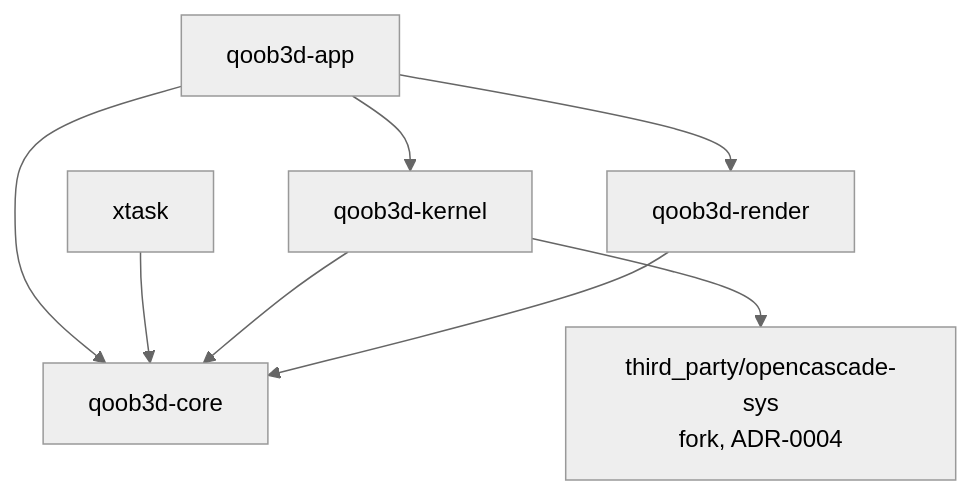
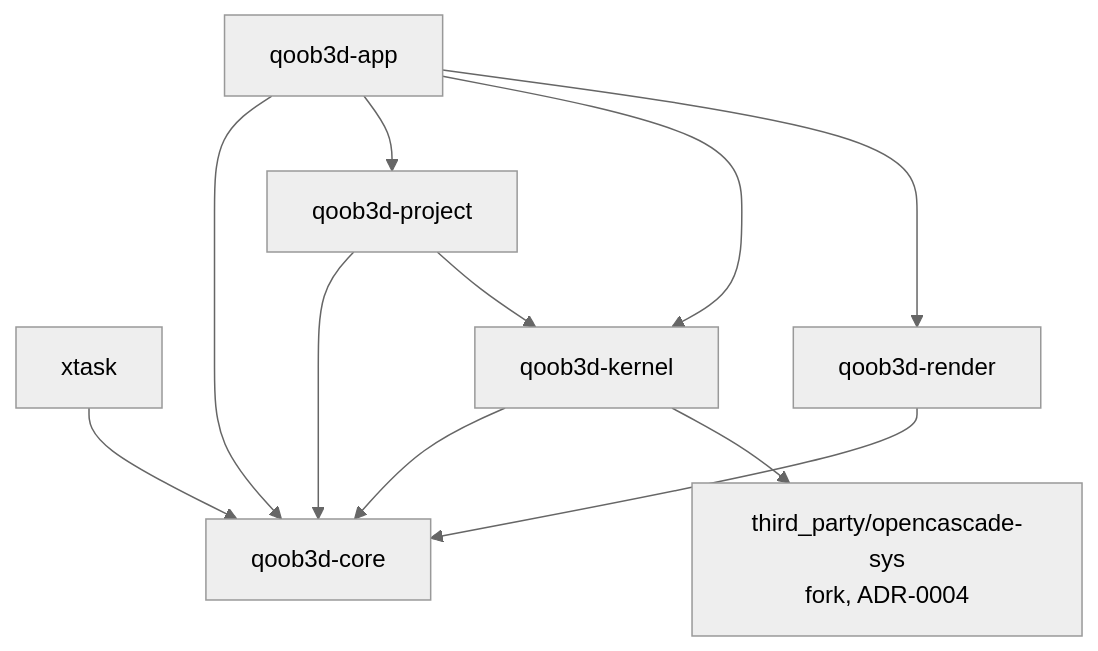
The second of 2 diagrams in docs/architecture.md (COQOON-labs/qoob3d), drawn with Mermaid (neutral theme) before and after one commit. The commit also changed other lines of this file and 51 other files, not shown here.

First line of the commit message:
Move service, worker, client and MCP into qoob3d-project

````diff
--- a/docs/architecture.md
+++ b/docs/architecture.md
@@ -101,10 +102,13 @@
 ```mermaid
 flowchart TD
     app[qoob3d-app] --> core[qoob3d-core]
     xtask[xtask] --> core
+    app --> project[qoob3d-project]
     app --> kernel[qoob3d-kernel]
     app --> render[qoob3d-render]
+    project --> core
+    project --> kernel
     kernel --> core
     render --> core
     kernel --> occsys[third_party/opencascade-sys<br/>fork, ADR-0004]
 ```
````
